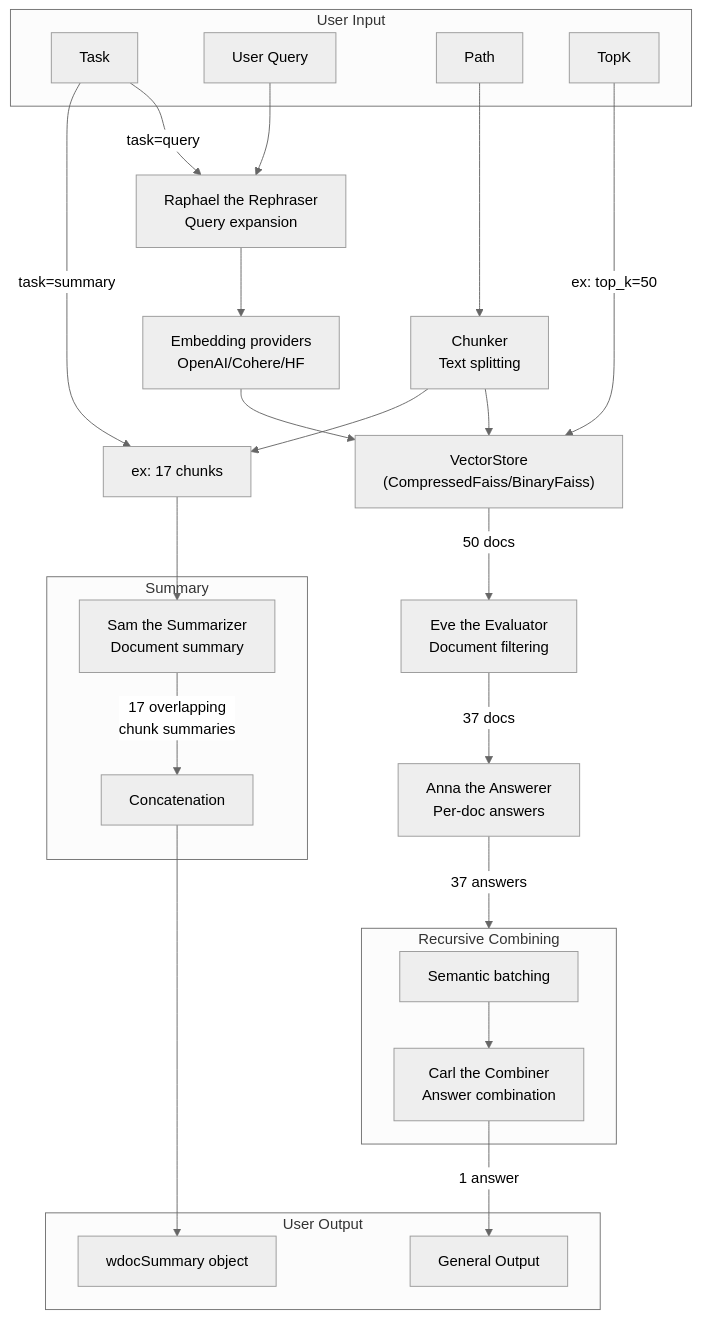
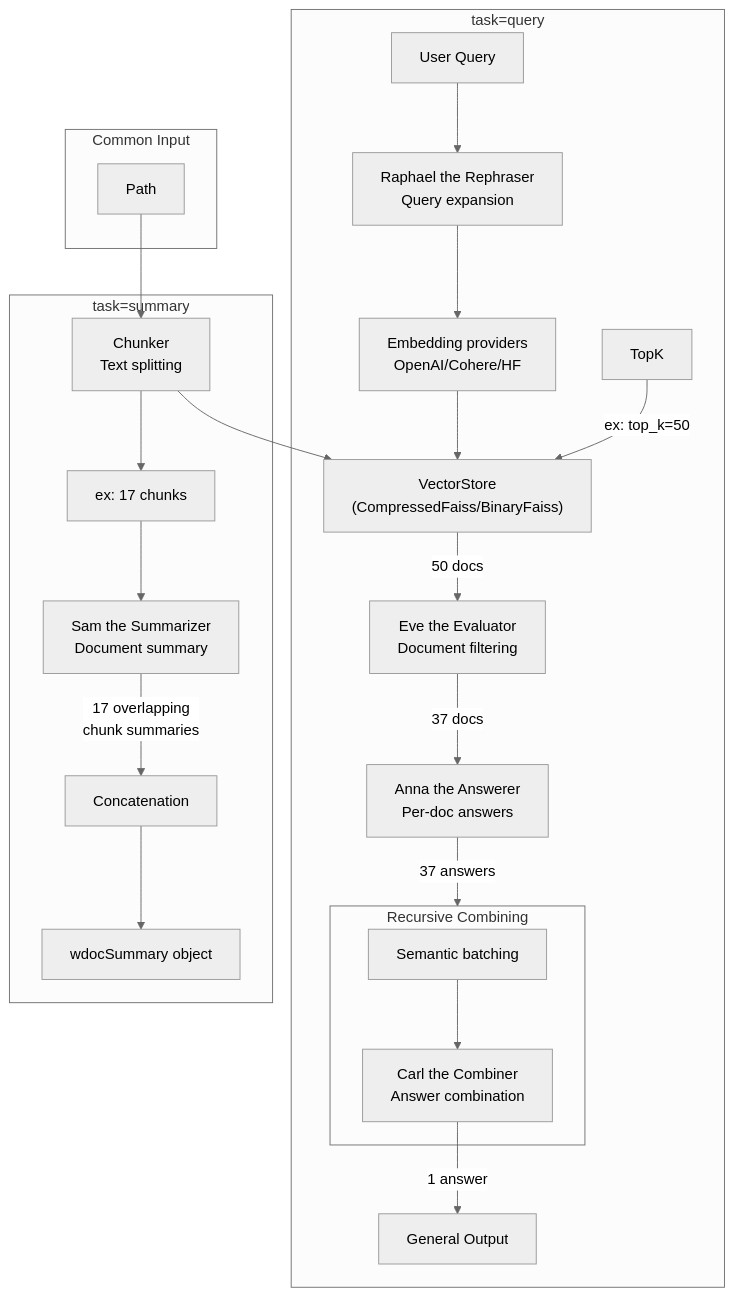
The diagram in images/diagram.mmd (thiswillbeyourgithub/wdoc), drawn with Mermaid (neutral theme) before and after one commit.

Commit message:
refactor: Separate task-specific subgraphs for query and summary tasks

```diff
--- a/images/diagram.mmd
+++ b/images/diagram.mmd
@@ -1,55 +1,48 @@
 flowchart TD
-    subgraph UserInput["User Input"]
-        Task["Task"]
-        UserQuery["User Query"]
+    subgraph CommonInput["Common Input"]
         Path["Path"]
-        TopK["TopK"]
     end
 
     Embeddings["Embedding providers<br/>OpenAI/Cohere/HF"]
     VectorStore["VectorStore<br/>(CompressedFaiss/BinaryFaiss)"]
-
-    Embeddings --> VectorStore
-
     Chunker["Chunker<br/>Text splitting"]
-    ChunkExample["ex: 17 chunks"]
-    Raphael["Raphael the Rephraser<br/>Query expansion"]
-    Eve["Eve the Evaluator<br/>Document filtering"]
-    Anna["Anna the Answerer<br/>Per-doc answers"]
 
     Path --> Chunker
     Chunker --> VectorStore
-    Chunker --> ChunkExample
-    TopK -->|ex: top_k=50| VectorStore
-    UserQuery --> Raphael
-    Raphael --> Embeddings
-    
-    VectorStore -->|50 docs| Eve
-    
-    Eve -->|37 docs| Anna
-    
-    subgraph RecursiveCombining["Recursive Combining"]
-        SemanticBatching["Semantic batching"]
-        Carl["Carl the Combiner<br/>Answer combination"]
-        SemanticBatching --> Carl
+    Embeddings --> VectorStore
+
+    subgraph QueryTask["task=query"]
+        UserQuery["User Query"]
+        TopK["TopK"]
+        Raphael["Raphael the Rephraser<br/>Query expansion"]
+        Eve["Eve the Evaluator<br/>Document filtering"]
+        Anna["Anna the Answerer<br/>Per-doc answers"]
+        
+        subgraph RecursiveCombining["Recursive Combining"]
+            SemanticBatching["Semantic batching"]
+            Carl["Carl the Combiner<br/>Answer combination"]
+            SemanticBatching --> Carl
+        end
+        
+        QueryOutput["General Output"]
+        
+        UserQuery --> Raphael
+        Raphael --> Embeddings
+        TopK -->|ex: top_k=50| VectorStore
+        VectorStore -->|50 docs| Eve
+        Eve -->|37 docs| Anna
+        Anna -->|37 answers| RecursiveCombining
+        Carl -->|1 answer| QueryOutput
     end
-    
-    Anna -->|37 answers| RecursiveCombining
 
-    subgraph Summary["Summary"]
+    subgraph SummaryTask["task=summary"]
+        ChunkExample["ex: 17 chunks"]
         Sam["Sam the Summarizer<br/>Document summary"]
         Concatenation["Concatenation"]
+        SummaryOutput["wdocSummary object"]
+        
+        Chunker --> ChunkExample
+        ChunkExample --> Sam
         Sam -->|17 overlapping<br/>chunk summaries| Concatenation
+        Concatenation --> SummaryOutput
     end
-
-    subgraph UserOutput["User Output"]
-        Output["General Output"]
-        SummaryOutput["wdocSummary object"]
-    end
-    
-    Carl -->|1 answer| Output
-    
-    Task -->|task=query| Raphael
-    Task -->|task=summary| ChunkExample
-    ChunkExample --> Sam
-    Concatenation --> SummaryOutput
```
